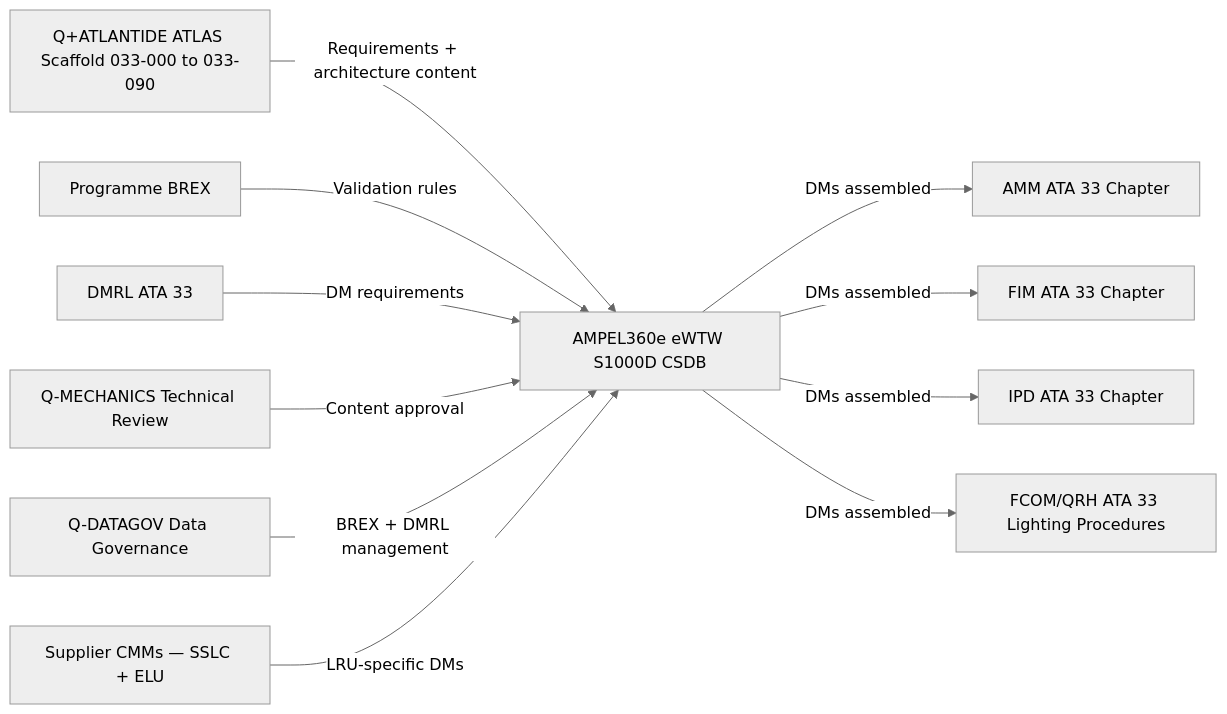
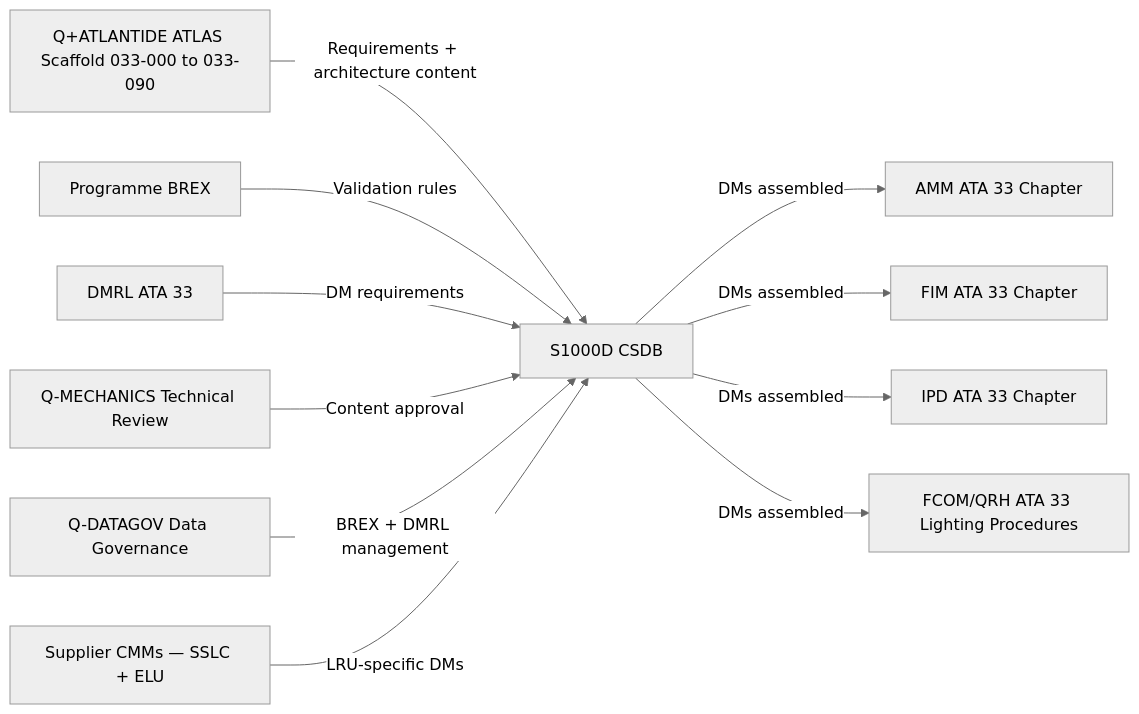
The first of 3 diagrams in Q+ATLANTIDE/000-099_ATLAS/030-039_Proteccion-y-Sistemas-Mecanicos/033_Lights/033-090-S1000D-CSDB-Mapping-and-Traceability.md (AmedeoPelliccia/Qplus-For-All-Queer-People-and-Quantum), drawn with Mermaid (neutral theme) before and after one commit. The commit also changed other lines of this file and 51 other files, not shown here.

First line of the commit message:
Generalize all 52 ATLAS S1000D-CSDB mapping files: remove AMPEL360E/eWTW/Programmes_example references, add scope: agnostic-standard, use generic DMC placeholders

````diff
--- a/Q+ATLANTIDE/000-099_ATLAS/030-039_Proteccion-y-Sistemas-Mecanicos/033_Lights/033-090-S1000D-CSDB-Mapping-and-Traceability.md
+++ b/Q+ATLANTIDE/000-099_ATLAS/030-039_Proteccion-y-Sistemas-Mecanicos/033_Lights/033-090-S1000D-CSDB-Mapping-and-Traceability.md
@@ -200,13 +201,13 @@
 ```mermaid
 flowchart LR
-    ATLAS[Q+ATLANTIDE ATLAS Scaffold 033-000 to 033-090] -->|Requirements + architecture content| CSDB[AMPEL360e eWTW S1000D CSDB]
+    ATLAS[Q+ATLANTIDE ATLAS Scaffold 033-000 to 033-090] -->|Requirements + architecture content| CSDB[<PROGRAMME> S1000D CSDB]
     CSDB -->|DMs assembled| AMM[AMM ATA 33 Chapter]
     CSDB -->|DMs assembled| FIM[FIM ATA 33 Chapter]
     CSDB -->|DMs assembled| IPD[IPD ATA 33 Chapter]
     CSDB -->|DMs assembled| FCOM[FCOM/QRH ATA 33 Lighting Procedures]
     BREX[Programme BREX] -->|Validation rules| CSDB
     DMRL[DMRL ATA 33] -->|DM requirements| CSDB
     QMECH[Q-MECHANICS Technical Review] -->|Content approval| CSDB
     QDATAGOV[Q-DATAGOV Data Governance] -->|BREX + DMRL management| CSDB
     SUPPLIER[Supplier CMMs — SSLC + ELU] -->|LRU-specific DMs| CSDB
 ```
````
